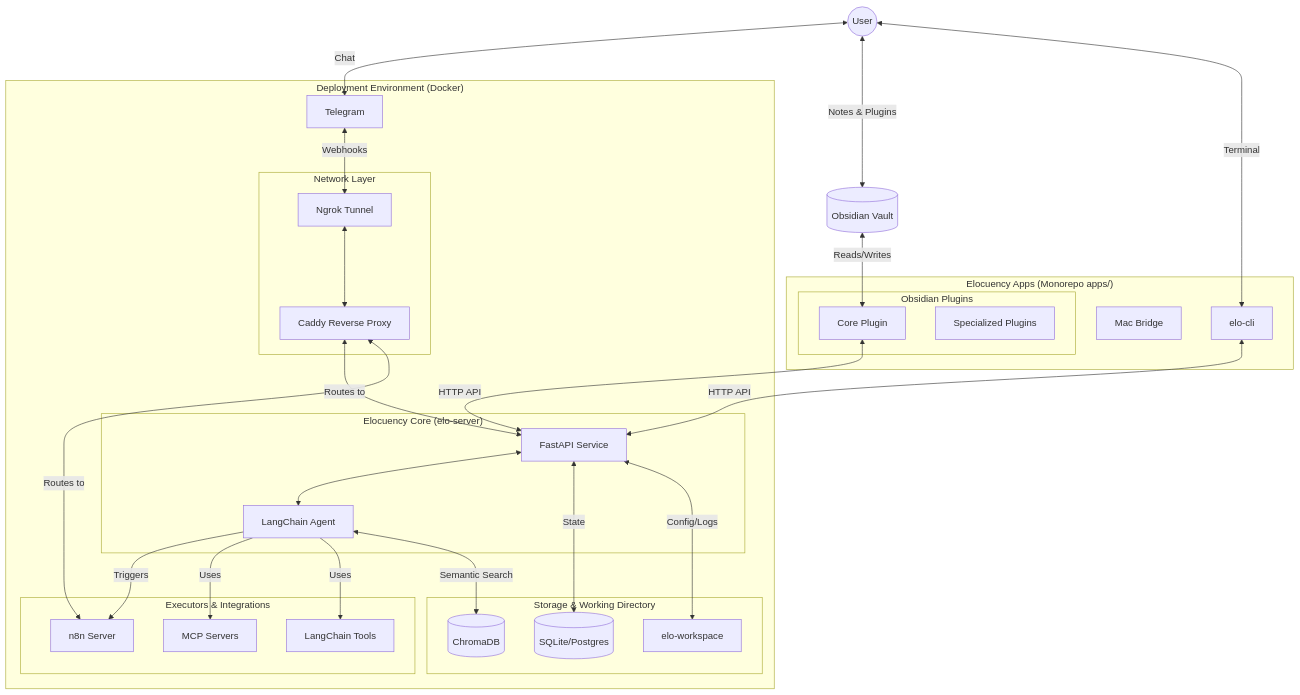
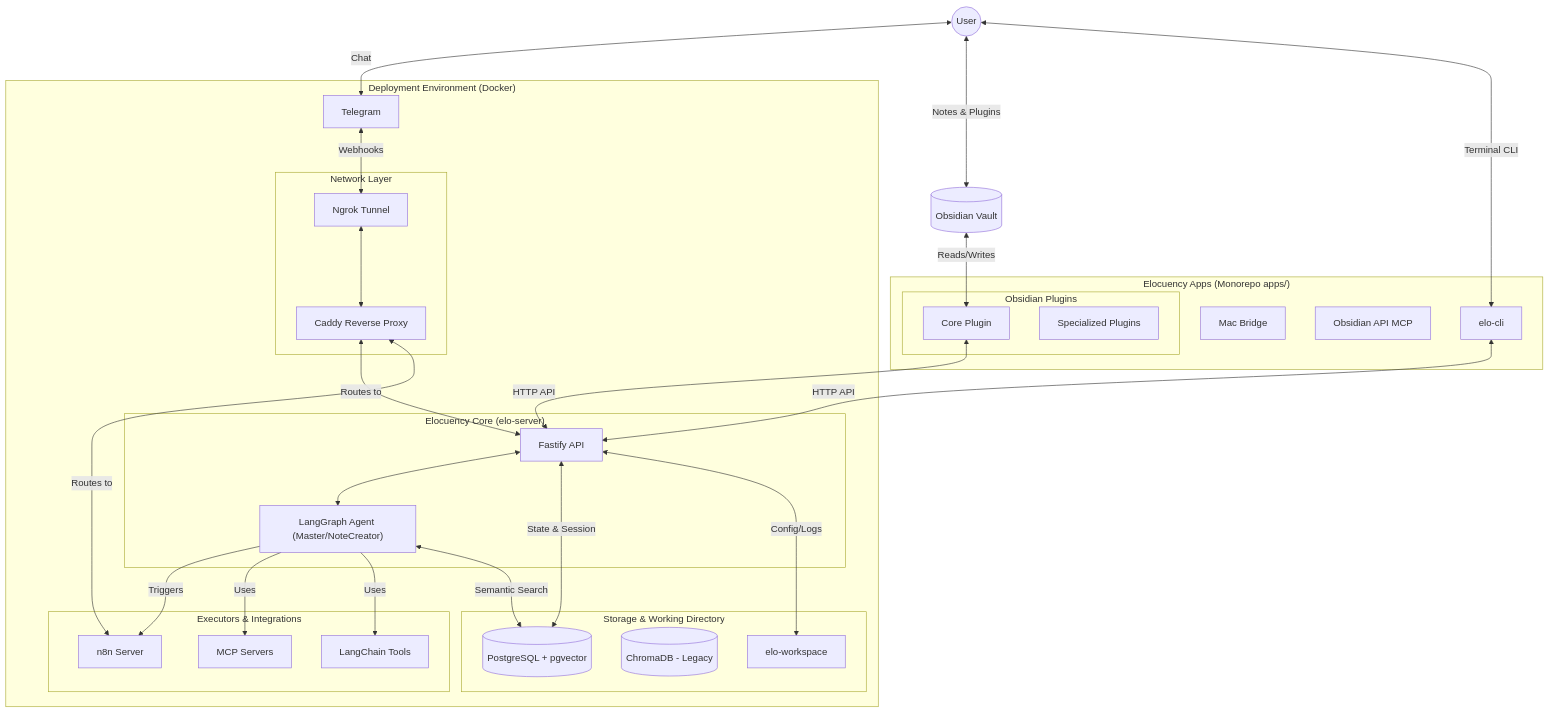
The diagram in docs/Overview.md (jesuscarsan/elocuency), drawn with Mermaid before and after one commit. The commit also changed other lines of this file and 87 other files, not shown here.

````diff
--- a/docs/Overview.md
+++ b/docs/Overview.md
@@ -32,64 +32,65 @@
 ```mermaid
 graph TD
     %% External Interactions
     User((User))
     Telegram[Telegram]
     ObsVault[(Obsidian Vault)]
 
     User <--> |Chat| Telegram
     User <--> |Notes & Plugins| ObsVault
-    User <--> |Terminal| CLI[elo-cli]
+    User <--> |Terminal CLI| CLI[elo-cli]
 
     subgraph "Deployment Environment (Docker)"
         subgraph "Network Layer"
             Ngrok[Ngrok Tunnel]
             Caddy[Caddy Reverse Proxy]
             Ngrok <--> Caddy
         end
 
         Telegram <--> |Webhooks| Ngrok
 
         subgraph "Elocuency Core (elo-server)"
-            API[FastAPI Service]
-            Agent[LangChain Agent]
+            API[Fastify API]
+            Agent["LangGraph Agent (Master/NoteCreator)"]
             API <--> Agent
         end
 
         Caddy <--> |Routes to| API
         Caddy <--> |Routes to| n8n
 
         subgraph "Executors & Integrations"
             n8n[n8n Server]
             MCP[MCP Servers]
             LCTools[LangChain Tools]
         end
 
         Agent --> |Triggers| n8n
         Agent --> |Uses| MCP
         Agent --> |Uses| LCTools
 
         subgraph "Storage & Working Directory"
-            ChromaDB[(ChromaDB)]
-            SQL[(SQLite/Postgres)]
+            PG[(PostgreSQL + pgvector)]
+            ChromaDB[(ChromaDB - Legacy)]
             Workspace[elo-workspace]
         end
 
-        Agent <--> |Semantic Search| ChromaDB
-        API <--> |State| SQL
+        Agent <--> |Semantic Search| PG
+        API <--> |State & Session| PG
         API <--> |Config/Logs| Workspace
     end
 
     subgraph "Elocuency Apps (Monorepo apps/)"
         CLI
         MacBridge[Mac Bridge]
+        ObsApiMcp[Obsidian API MCP]
         subgraph "Obsidian Plugins"
             ObsCore[Core Plugin]
             ObsOthers[Specialized Plugins]
         end
     end
 
     %% App to Server connections
     CLI <--> |HTTP API| API
     ObsCore <--> |HTTP API| API
     ObsVault <--> |Reads/Writes| ObsCore
 ```
````
